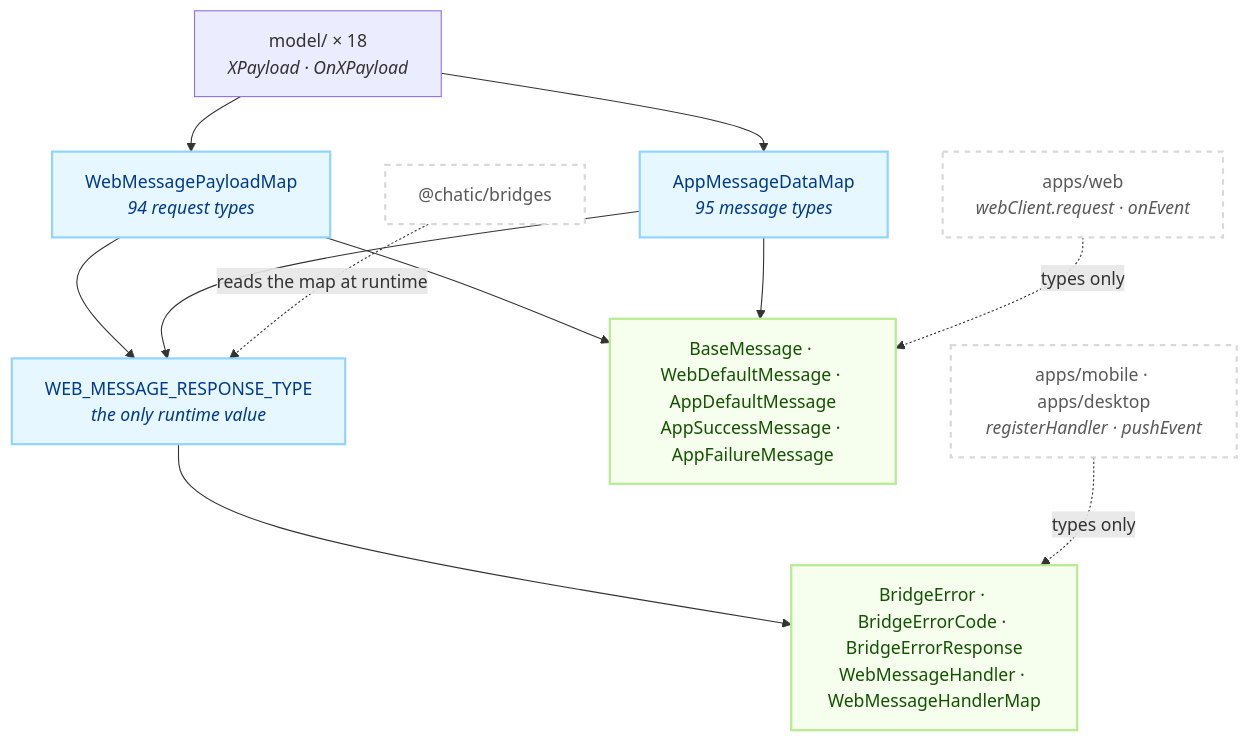
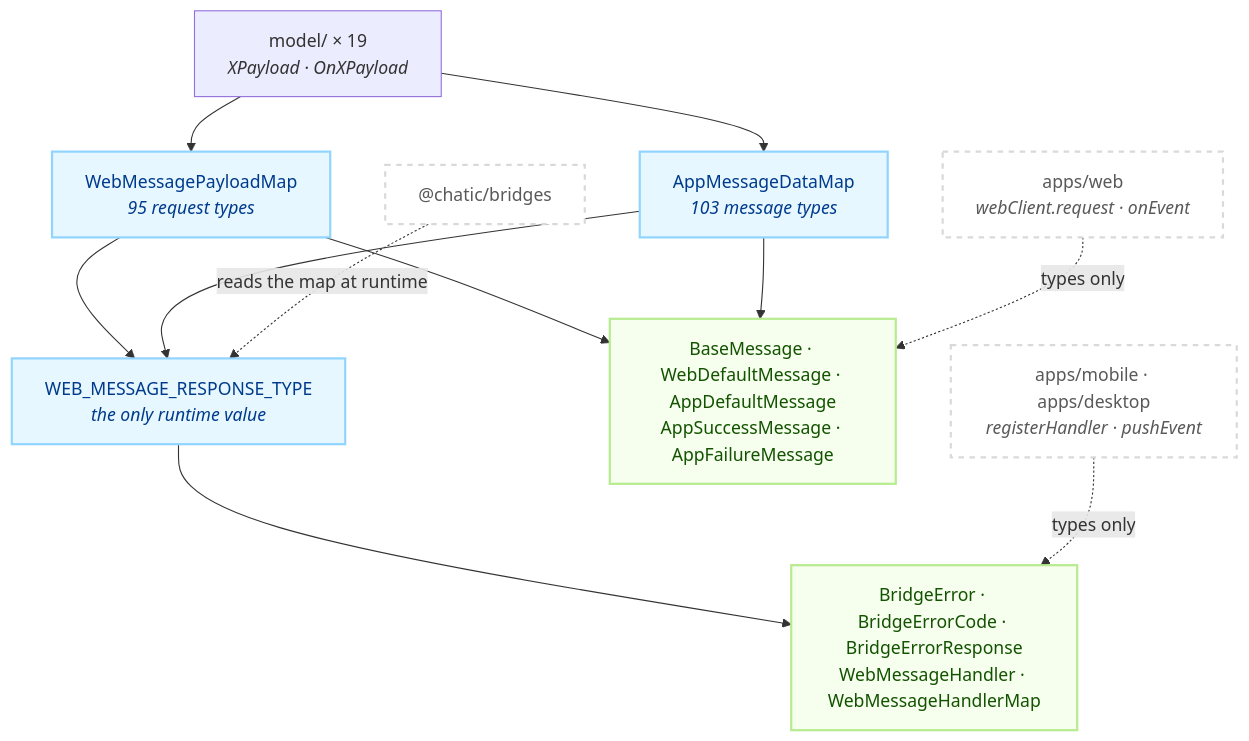
The first of 2 diagrams in libs/app-messages/README.md (lemoncloud-io/dou-app), drawn with Mermaid before and after one commit. The commit also changed other lines of this file and 25 other files, not shown here.

First line of the commit message:
feat(app-messages,mobile,web): play haptics in the shell on the web's request (ADR-0146)

````diff
--- a/libs/app-messages/README.md
+++ b/libs/app-messages/README.md
@@ -89,28 +89,28 @@
 ```mermaid
 flowchart TD
     classDef ext fill:#ffffff,stroke:#d9d9d9,stroke-width:2px,color:#595959,stroke-dasharray: 5 5;
     classDef map fill:#e6f7ff,stroke:#91d5ff,stroke-width:2px,color:#003a8c;
     classDef env fill:#f6ffed,stroke:#b7eb8f,stroke-width:2px,color:#135200;
 
-    Model["model/ × 18<br/><i>XPayload · OnXPayload</i>"]
-    WM["WebMessagePayloadMap<br/><i>94 request types</i>"]:::map
-    AM["AppMessageDataMap<br/><i>95 message types</i>"]:::map
+    Model["model/ × 19<br/><i>XPayload · OnXPayload</i>"]
+    WM["WebMessagePayloadMap<br/><i>95 request types</i>"]:::map
+    AM["AppMessageDataMap<br/><i>103 message types</i>"]:::map
     RT["WEB_MESSAGE_RESPONSE_TYPE<br/><i>the only runtime value</i>"]:::map
     Env["BaseMessage · WebDefaultMessage · AppDefaultMessage<br/>AppSuccessMessage · AppFailureMessage"]:::env
     Err["BridgeError · BridgeErrorCode · BridgeErrorResponse<br/>WebMessageHandler · WebMessageHandlerMap"]:::env
 
     Web["apps/web<br/><i>webClient.request · onEvent</i>"]:::ext
     Shell["apps/mobile · apps/desktop<br/><i>registerHandler · pushEvent</i>"]:::ext
     Br["@chatic/bridges"]:::ext
 
     Model --> WM
     Model --> AM
     WM --> RT
     AM --> RT
     WM --> Env
     AM --> Env
     RT --> Err
     Br -.->|"reads the map at runtime"| RT
     Web -.->|"types only"| Env
     Shell -.->|"types only"| Err
 ```
````
